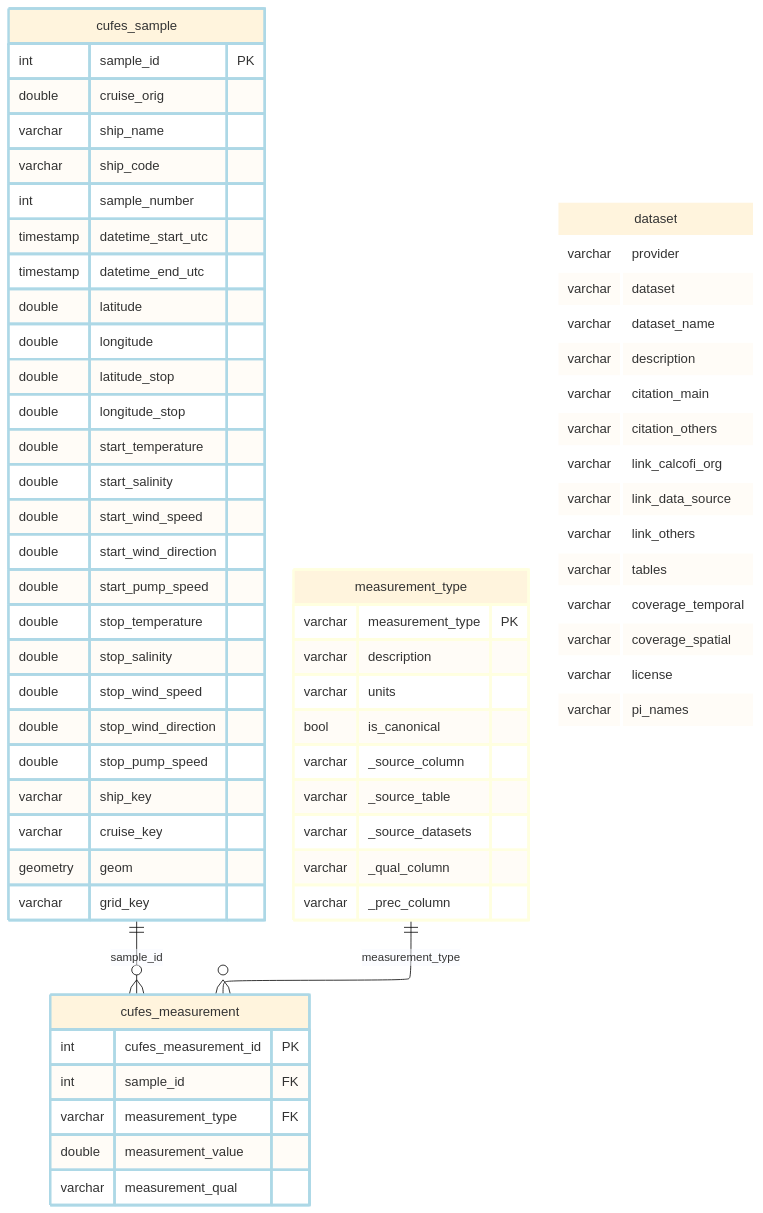
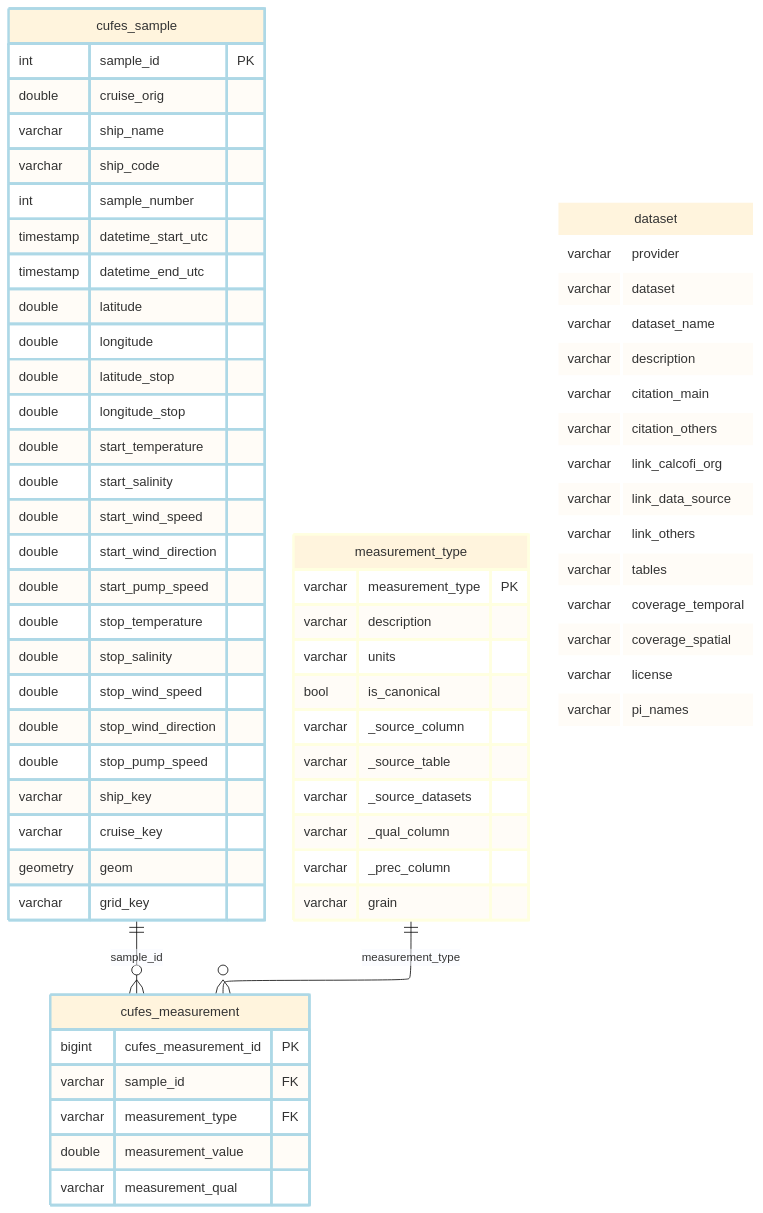
Before and after one commit to CalCOFI/workflows: the diagram in _output/ingest_swfsc_cufes_files/figure-html/finalize-1.mmd, drawn with Mermaid (base theme). The commit also changed 243 other files, not shown here.

```diff
--- a/_output/ingest_swfsc_cufes_files/figure-html/finalize-1.mmd
+++ b/_output/ingest_swfsc_cufes_files/figure-html/finalize-1.mmd
@@ -1,74 +1,75 @@
 ---
 config:
   layout: elk
 ---
 erDiagram
     cufes_sample {
         int sample_id PK
         double cruise_orig
         varchar ship_name
         varchar ship_code
         int sample_number
         timestamp datetime_start_utc
         timestamp datetime_end_utc
         double latitude
         double longitude
         double latitude_stop
         double longitude_stop
         double start_temperature
         double start_salinity
         double start_wind_speed
         double start_wind_direction
         double start_pump_speed
         double stop_temperature
         double stop_salinity
         double stop_wind_speed
         double stop_wind_direction
         double stop_pump_speed
         varchar ship_key
         varchar cruise_key
         geometry geom
         varchar grid_key
     }
     cufes_measurement {
-        int cufes_measurement_id PK
-        int sample_id FK
+        bigint cufes_measurement_id PK
+        varchar sample_id FK
         varchar measurement_type FK
         double measurement_value
         varchar measurement_qual
     }
     measurement_type {
         varchar measurement_type PK
         varchar description
         varchar units
         bool is_canonical
         varchar _source_column
         varchar _source_table
         varchar _source_datasets
         varchar _qual_column
         varchar _prec_column
+        varchar grain
     }
     dataset {
         varchar provider
         varchar dataset
         varchar dataset_name
         varchar description
         varchar citation_main
         varchar citation_others
         varchar link_calcofi_org
         varchar link_data_source
         varchar link_others
         varchar tables
         varchar coverage_temporal
         varchar coverage_spatial
         varchar license
         varchar pi_names
     }
     cufes_sample ||--o{ cufes_measurement : "sample_id"
     measurement_type ||--o{ cufes_measurement : "measurement_type"
     classDef lightblue stroke:#ADD8E6,stroke-width:3px
     class cufes_sample,cufes_measurement lightblue
     classDef lightyellow stroke:#FFFFE0,stroke-width:3px
     class measurement_type lightyellow
     classDef white stroke:#FFFFFF,stroke-width:3px
     class dataset white
```
